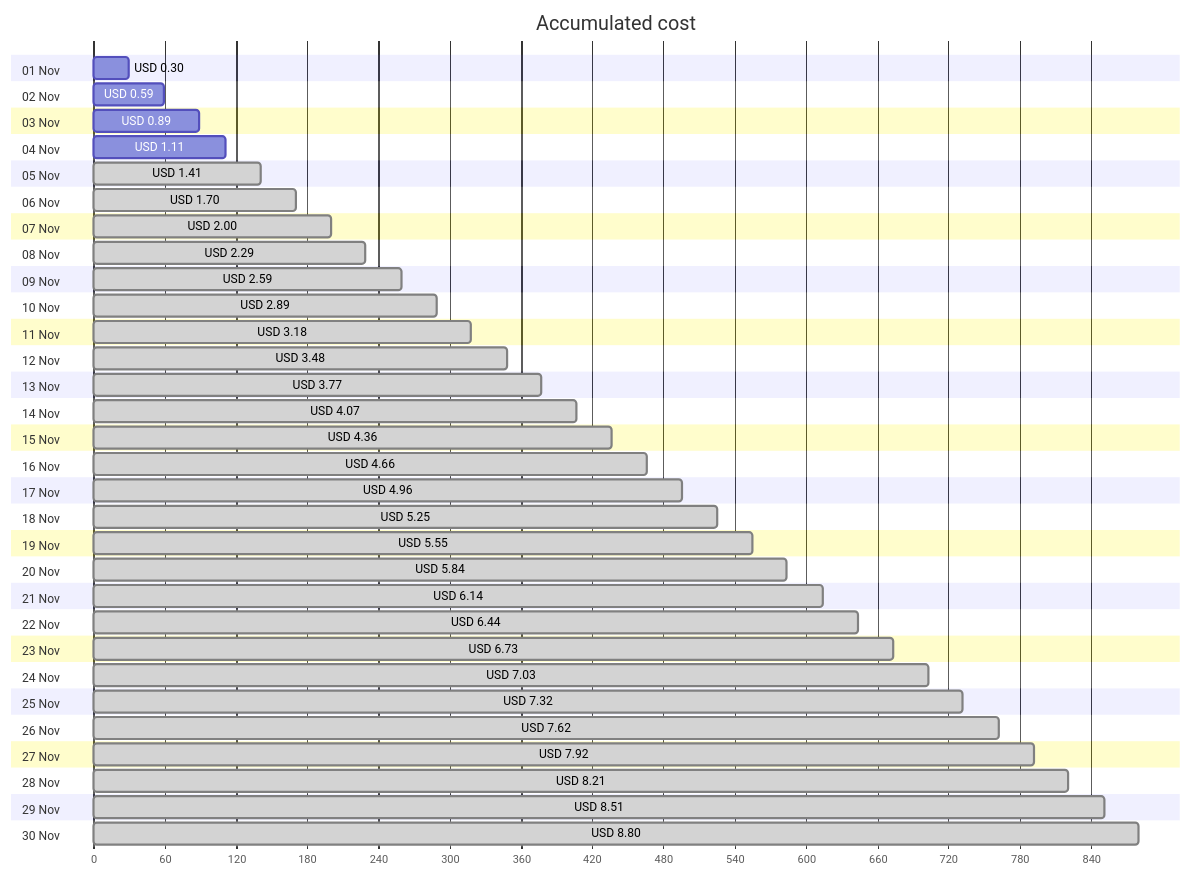
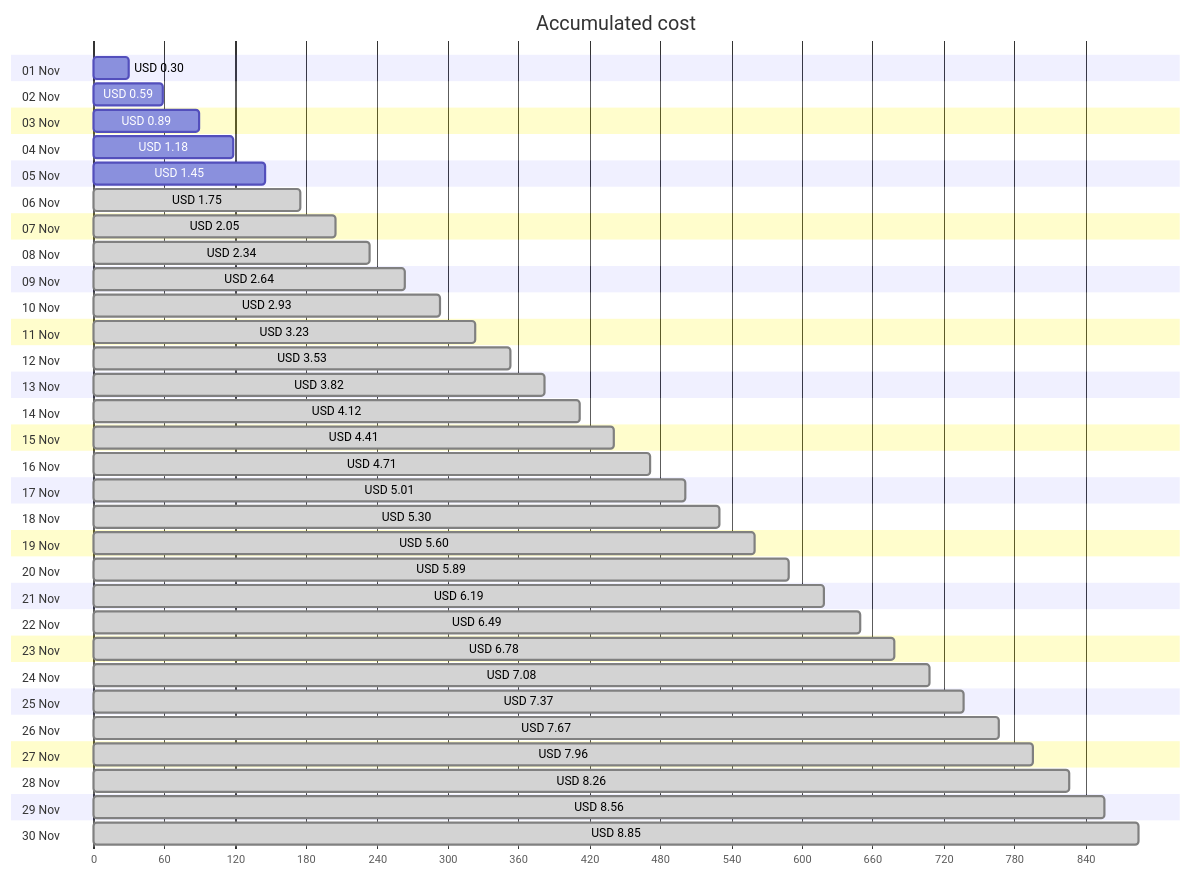
The first of 4 diagrams in cost-reports/personal-site/personal-site.md (jpfulton/azure-personal-reports), drawn with Mermaid before and after one commit. The commit also changed other lines of this file and 6 other files, not shown here.

````diff
--- a/cost-reports/personal-site/personal-site.md
+++ b/cost-reports/personal-site/personal-site.md
@@ -20,66 +20,66 @@
 ```mermaid
 gantt
    title Accumulated cost
    dateFormat  X
    axisFormat %s
    section 01 Nov
    USD 0.30 :0, 30
    section 02 Nov
    USD 0.59 :0, 59
    section 03 Nov
    USD 0.89 :0, 89
    section 04 Nov
-   USD 1.11 :0, 111
+   USD 1.18 :0, 118
    section 05 Nov
-   USD 1.41 : done, 0, 141
+   USD 1.45 :0, 145
    section 06 Nov
-   USD 1.70 : done, 0, 170
+   USD 1.75 : done, 0, 175
    section 07 Nov
-   USD 2.00 : done, 0, 200
+   USD 2.05 : done, 0, 205
    section 08 Nov
-   USD 2.29 : done, 0, 229
+   USD 2.34 : done, 0, 234
    section 09 Nov
-   USD 2.59 : done, 0, 259
+   USD 2.64 : done, 0, 264
    section 10 Nov
-   USD 2.89 : done, 0, 289
+   USD 2.93 : done, 0, 293
    section 11 Nov
-   USD 3.18 : done, 0, 318
+   USD 3.23 : done, 0, 323
    section 12 Nov
-   USD 3.48 : done, 0, 348
+   USD 3.53 : done, 0, 353
    section 13 Nov
-   USD 3.77 : done, 0, 377
+   USD 3.82 : done, 0, 382
    section 14 Nov
-   USD 4.07 : done, 0, 407
+   USD 4.12 : done, 0, 412
    section 15 Nov
-   USD 4.36 : done, 0, 436
+   USD 4.41 : done, 0, 441
    section 16 Nov
-   USD 4.66 : done, 0, 466
+   USD 4.71 : done, 0, 471
    section 17 Nov
-   USD 4.96 : done, 0, 496
+   USD 5.01 : done, 0, 501
    section 18 Nov
-   USD 5.25 : done, 0, 525
+   USD 5.30 : done, 0, 530
    section 19 Nov
-   USD 5.55 : done, 0, 555
+   USD 5.60 : done, 0, 560
    section 20 Nov
-   USD 5.84 : done, 0, 584
+   USD 5.89 : done, 0, 589
    section 21 Nov
-   USD 6.14 : done, 0, 614
+   USD 6.19 : done, 0, 619
    section 22 Nov
-   USD 6.44 : done, 0, 644
+   USD 6.49 : done, 0, 649
    section 23 Nov
-   USD 6.73 : done, 0, 673
+   USD 6.78 : done, 0, 678
    section 24 Nov
-   USD 7.03 : done, 0, 703
+   USD 7.08 : done, 0, 708
    section 25 Nov
-   USD 7.32 : done, 0, 732
+   USD 7.37 : done, 0, 737
    section 26 Nov
-   USD 7.62 : done, 0, 762
+   USD 7.67 : done, 0, 767
    section 27 Nov
-   USD 7.92 : done, 0, 792
+   USD 7.96 : done, 0, 796
    section 28 Nov
-   USD 8.21 : done, 0, 821
+   USD 8.26 : done, 0, 826
    section 29 Nov
-   USD 8.51 : done, 0, 851
+   USD 8.56 : done, 0, 856
    section 30 Nov
-   USD 8.80 : done, 0, 880
+   USD 8.85 : done, 0, 885
 ```
````
